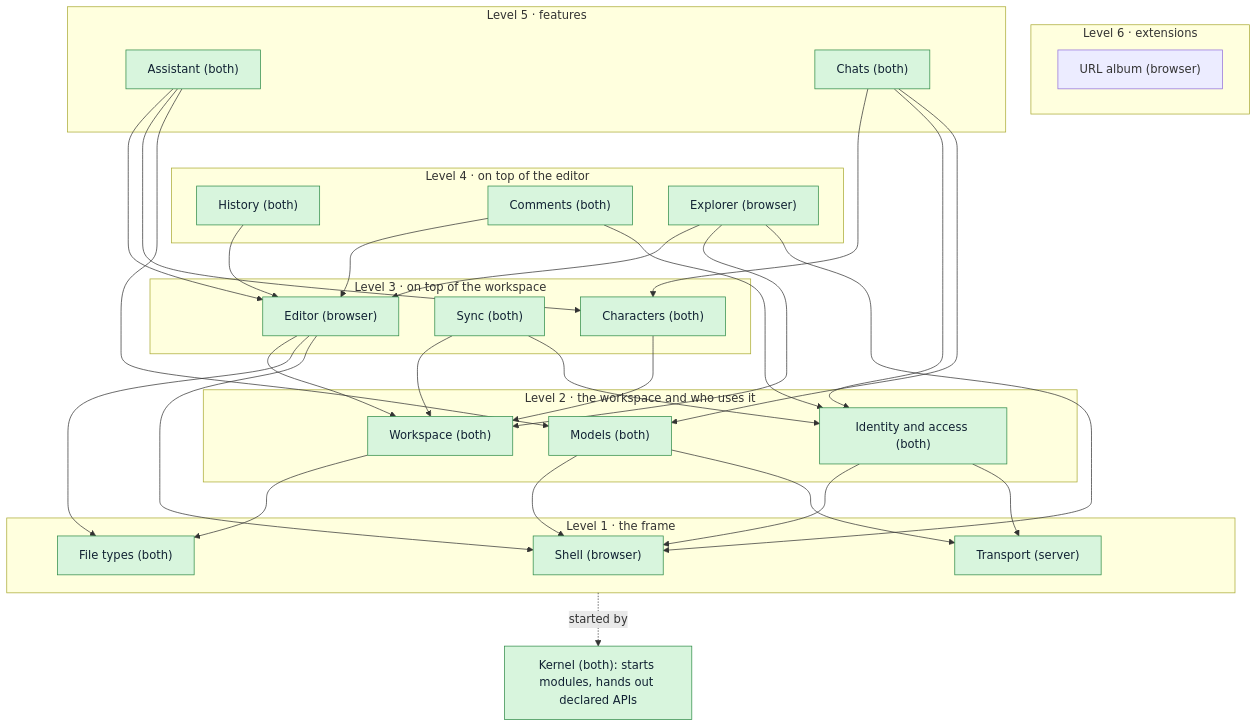
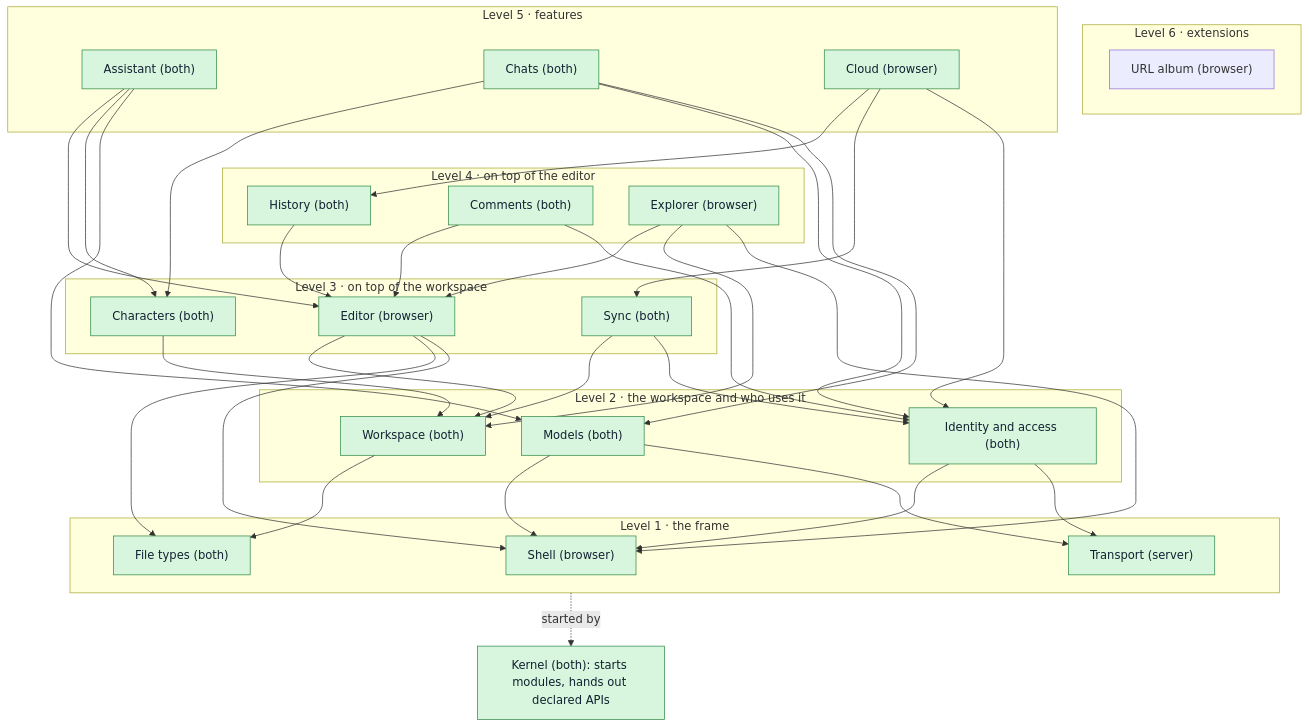
Before and after one commit to RustColeone/StiloMarker: the first of 5 diagrams in docs/ARCHITECTURE.md, drawn with Mermaid. The commit also changed other lines of this file and 25 other files, not shown here.

````diff
--- a/docs/ARCHITECTURE.md
+++ b/docs/ARCHITECTURE.md
@@ -56,48 +56,50 @@
 ```mermaid
 flowchart TB
   subgraph L6["Level 6 · extensions"]
     UrlAlbum["URL album (browser)"]
   end
   subgraph L5["Level 5 · features"]
     Assistant["Assistant (both)"]
     Chats["Chats (both)"]
+    Cloud["Cloud (browser)"]
   end
   subgraph L4["Level 4 · on top of the editor"]
     History["History (both)"]
     Comments["Comments (both)"]
     Explorer["Explorer (browser)"]
   end
   subgraph L3["Level 3 · on top of the workspace"]
     Editor["Editor (browser)"]
     Sync["Sync (both)"]
     Characters["Characters (both)"]
   end
   subgraph L2["Level 2 · the workspace and who uses it"]
     Workspace["Workspace (both)"]
     Identity["Identity and access (both)"]
     Models["Models (both)"]
   end
   subgraph L1["Level 1 · the frame"]
     Shell["Shell (browser)"]
     Transport["Transport (server)"]
     FileTypes["File types (both)"]
   end
   Kernel["Kernel (both): starts modules, hands out declared APIs"]
 
   Assistant --> Editor & Characters & Models
   Chats --> Characters & Identity & Models
+  Cloud --> History & Sync & Identity
   History --> Editor
   Comments --> Editor & Identity
   Explorer --> Editor & Workspace & Shell
   Editor --> Workspace & FileTypes & Shell
   Characters --> Workspace
   Sync --> Workspace & Identity
   Workspace --> FileTypes
   Identity --> Shell & Transport
   Models --> Shell & Transport
   L1 -.started by.-> Kernel
   L5 ~~~ L4 ~~~ L3 ~~~ L2 ~~~ L1
 
   classDef built fill:#d8f5dd,stroke:#2e8b47,color:#123;
-  class Shell,Transport,FileTypes,Workspace,Identity,Models,Sync,Editor,Characters,History,Comments,Explorer,Assistant,Chats,Kernel built;
+  class Shell,Transport,FileTypes,Workspace,Identity,Models,Sync,Editor,Characters,History,Comments,Explorer,Assistant,Chats,Cloud,Kernel built;
 ```
````
